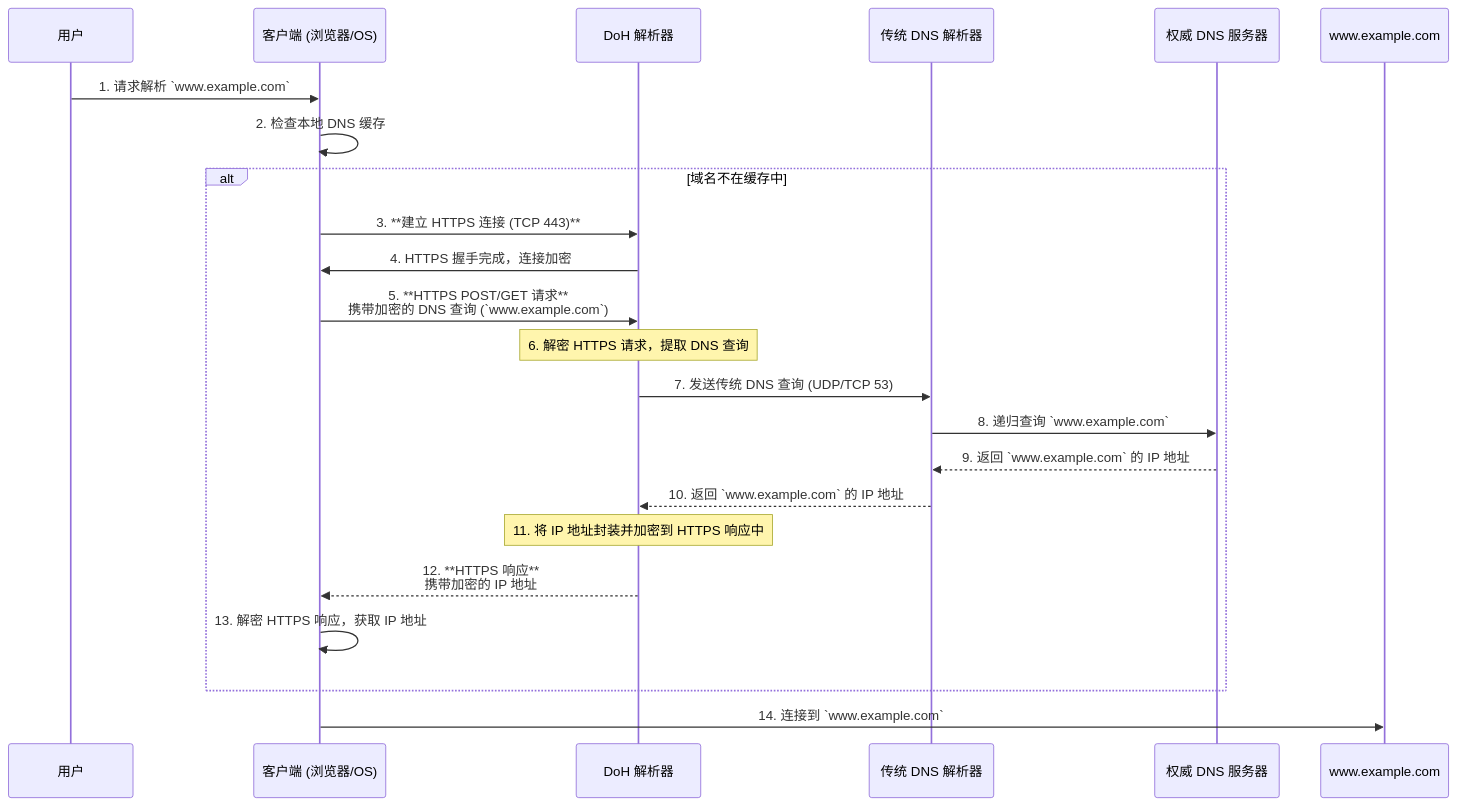
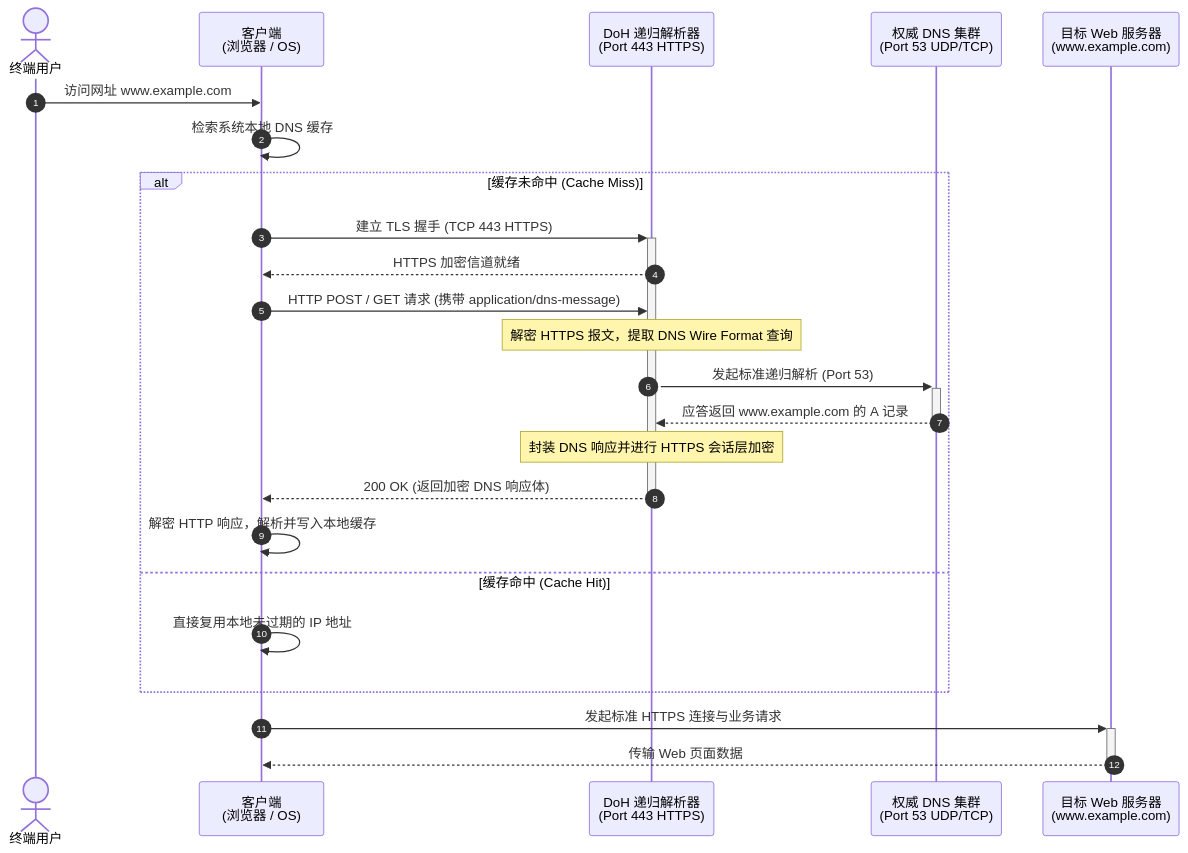
One commit to teatang/t-blog changed the second of 2 diagrams in source/_posts/2023/2023-03-20_DNS over TLS (DoT) 与 DNS over HTTPS (DoH) 协议详解.md. Above: the diagram before and after it, drawn with Mermaid. The commit also changed other lines of this file and 26 other files, not shown here.

```diff
--- a/source/_posts/2023/2023-03-20_DNS over TLS (DoT) 与 DNS over HTTPS (DoH) 协议详解.md
+++ b/source/_posts/2023/2023-03-20_DNS over TLS (DoT) 与 DNS over HTTPS (DoH) 协议详解.md
@@ -154,25 +162,33 @@
 {% mermaid %}
 sequenceDiagram
-    participant User as 用户
-    participant Client as 客户端 (浏览器/OS)
-    participant DoH_Resolver as DoH 解析器
-    participant Trad_DNS_Resolver as 传统 DNS 解析器
-    participant Auth_DNS as 权威 DNS 服务器
+    autonumber
+    actor User as 终端用户
+    participant Client as 客户端<br/>(浏览器 / OS)
+    participant DoH as DoH 递归解析器<br/>(Port 443 HTTPS)
+    participant Auth as 权威 DNS 集群<br/>(Port 53 UDP/TCP)
+    participant Web as 目标 Web 服务器<br/>(www.example.com)
 
-    User->>Client: 1. 请求解析 `www.example.com`
-    Client->>Client: 2. 检查本地 DNS 缓存
-    alt 域名不在缓存中
-        Client->>DoH_Resolver: 3. **建立 HTTPS 连接 (TCP 443)**
-        DoH_Resolver->>Client: 4. HTTPS 握手完成，连接加密
-        Client->>DoH_Resolver: 5. **HTTPS POST/GET 请求** <br/>携带加密的 DNS 查询 (`www.example.com`)
-        Note over DoH_Resolver: 6. 解密 HTTPS 请求，提取 DNS 查询
-        DoH_Resolver->>Trad_DNS_Resolver: 7. 发送传统 DNS 查询 (UDP/TCP 53)
-        Trad_DNS_Resolver->>Auth_DNS: 8. 递归查询 `www.example.com`
-        Auth_DNS-->>Trad_DNS_Resolver: 9. 返回 `www.example.com` 的 IP 地址
-        Trad_DNS_Resolver-->>DoH_Resolver: 10. 返回 `www.example.com` 的 IP 地址
-        Note over DoH_Resolver: 11. 将 IP 地址封装并加密到 HTTPS 响应中
-        DoH_Resolver-->>Client: 12. **HTTPS 响应** <br/>携带加密的 IP 地址
-        Client->>Client: 13. 解密 HTTPS 响应，获取 IP 地址
+    User->>Client: 访问网址 www.example.com
+    Client->>Client: 检索系统本地 DNS 缓存
+
+    alt 缓存未命中 (Cache Miss)
+        Client->>+DoH: 建立 TLS 握手 (TCP 443 HTTPS)
+        DoH-->>Client: HTTPS 加密信道就绪
+        
+        Client->>DoH: HTTP POST / GET 请求 (携带 application/dns-message)
+        Note over DoH: 解密 HTTPS 报文，提取 DNS Wire Format 查询
+        
+        DoH->>+Auth: 发起标准递归解析 (Port 53)
+        Auth-->>-DoH: 应答返回 www.example.com 的 A 记录
+        
+        Note over DoH: 封装 DNS 响应并进行 HTTPS 会话层加密
+        DoH-->>-Client: 200 OK (返回加密 DNS 响应体)
+        
+        Client->>Client: 解密 HTTP 响应，解析并写入本地缓存
+    else 缓存命中 (Cache Hit)
+        Client->>Client: 直接复用本地未过期的 IP 地址
     end
-    Client->>www.example.com: 14. 连接到 `www.example.com`
+
+    Client->>+Web: 发起标准 HTTPS 连接与业务请求
+    Web-->>-Client: 传输 Web 页面数据
 {% endmermaid %}
```
